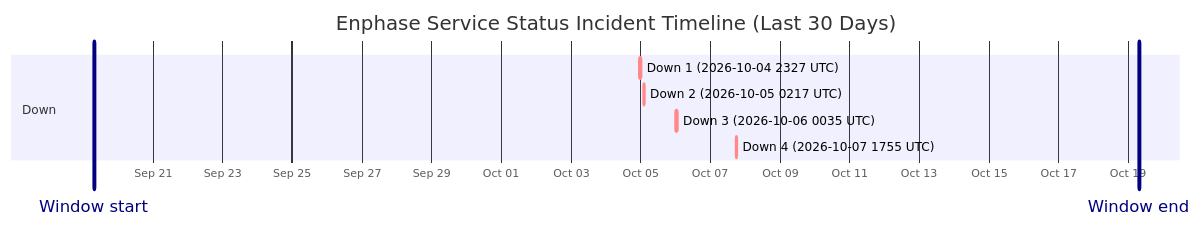
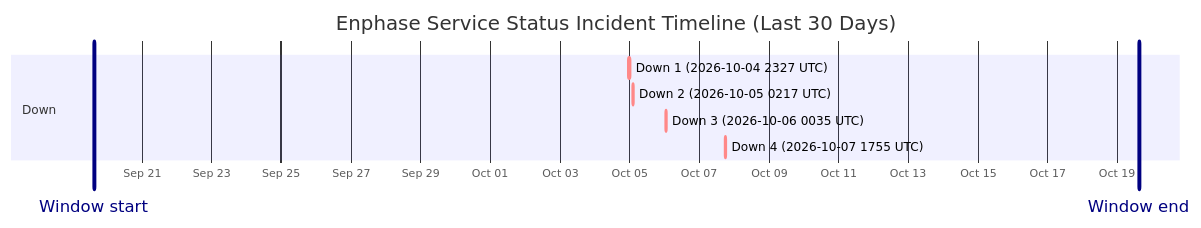
One commit to barneyonline/ha-enphase-energy changed the diagram in wiki/Service-Status-History.md. Above: the diagram before and after it, drawn with Mermaid. The commit also changed other lines of this file and 3 other files, not shown here.

````diff
--- a/wiki/Service-Status-History.md
+++ b/wiki/Service-Status-History.md
@@ -14,13 +14,13 @@
 ```mermaid
 gantt
     title Enphase Service Status Incident Timeline (Last 30 Days)
     dateFormat  YYYY-MM-DDTHH:mm:ss
     axisFormat  %b %d
-    Window start :vert, window-start, 2026-09-19T07:19:28, 0ms
-    Window end :vert, window-end, 2026-10-19T07:19:28, 0ms
+    Window start :vert, window-start, 2026-09-19T14:51:18, 0ms
+    Window end :vert, window-end, 2026-10-19T14:51:18, 0ms
     section Down
     Down 1 (2026-10-04 2327 UTC) :crit, down-1, 2026-10-04T23:27:34, 60m
     Down 2 (2026-10-05 0217 UTC) :crit, down-2, 2026-10-05T02:17:30, 60m
     Down 3 (2026-10-06 0035 UTC) :crit, down-3, 2026-10-06T00:35:21, 60m
     Down 4 (2026-10-07 1755 UTC) :crit, down-4, 2026-10-07T17:55:16, 60m
 ```
````
